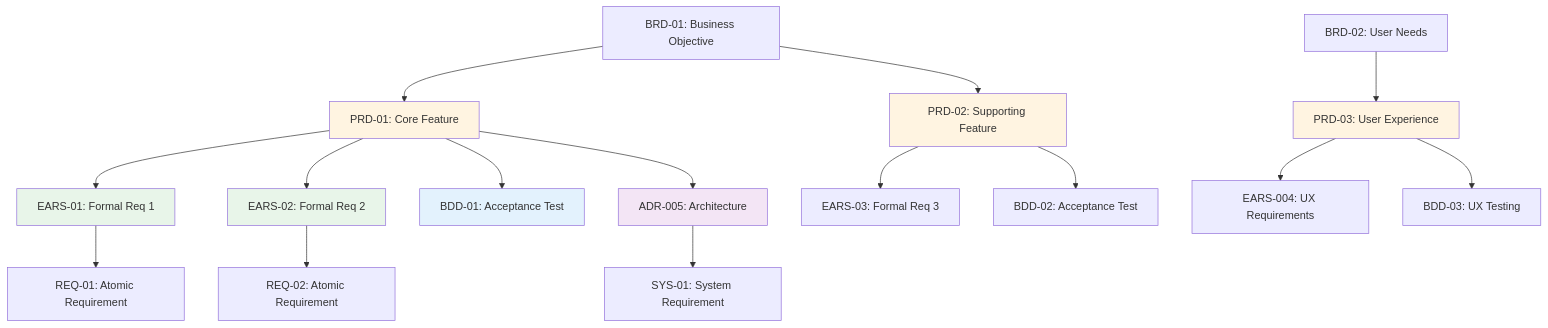
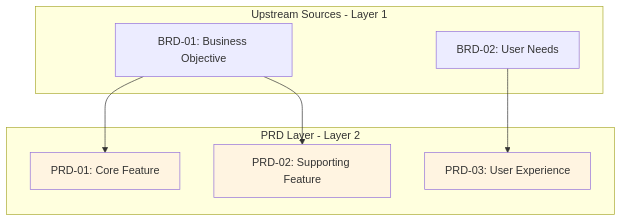
The diagram in ai_dev_flow/PRD/PRD-000_TRACEABILITY_MATRIX-TEMPLATE.md (vladm3105/aidoc-flow-framework), drawn with Mermaid before and after one commit. The commit also changed other lines of this file and 6 other files, not shown here.

First line of the commit message:
docs: refactor ADR traceability matrix to upstream-only focus

````diff
--- a/ai_dev_flow/PRD/PRD-000_TRACEABILITY_MATRIX-TEMPLATE.md
+++ b/ai_dev_flow/PRD/PRD-000_TRACEABILITY_MATRIX-TEMPLATE.md
@@ -243,29 +240,21 @@
 ```mermaid
 graph TD
-    BRD001[BRD-01: Business Objective] --> PRD001[PRD-01: Core Feature]
-    BRD001 --> PRD002[PRD-02: Supporting Feature]
-    BRD002[BRD-02: User Needs] --> PRD003[PRD-03: User Experience]
+    subgraph Upstream[Upstream Sources - Layer 1]
+        BRD001[BRD-01: Business Objective]
+        BRD002[BRD-02: User Needs]
+    end
 
-    PRD001 --> EARS001[EARS-01: Formal Req 1]
-    PRD001 --> EARS002[EARS-02: Formal Req 2]
-    PRD001 --> BDD001[BDD-01: Acceptance Test]
-    PRD001 --> ADR005[ADR-005: Architecture]
+    subgraph Current[PRD Layer - Layer 2]
+        PRD001[PRD-01: Core Feature]
+        PRD002[PRD-02: Supporting Feature]
+        PRD003[PRD-03: User Experience]
+    end
 
-    PRD002 --> EARS003[EARS-03: Formal Req 3]
-    PRD002 --> BDD002[BDD-02: Acceptance Test]
-
-    PRD003 --> EARS004[EARS-004: UX Requirements]
-    PRD003 --> BDD003[BDD-03: UX Testing]
-
-    EARS001 --> REQ01[REQ-01: Atomic Requirement]
-    EARS002 --> REQ02[REQ-02: Atomic Requirement]
-    ADR005 --> SYS001[SYS-01: System Requirement]
+    BRD001 --> PRD001
+    BRD001 --> PRD002
+    BRD002 --> PRD003
 
     style PRD001 fill:#fff4e1
     style PRD002 fill:#fff4e1
     style PRD003 fill:#fff4e1
-    style EARS001 fill:#e8f5e9
-    style EARS002 fill:#e8f5e9
-    style BDD001 fill:#e3f2fd
-    style ADR005 fill:#f3e5f5
 ```
````
